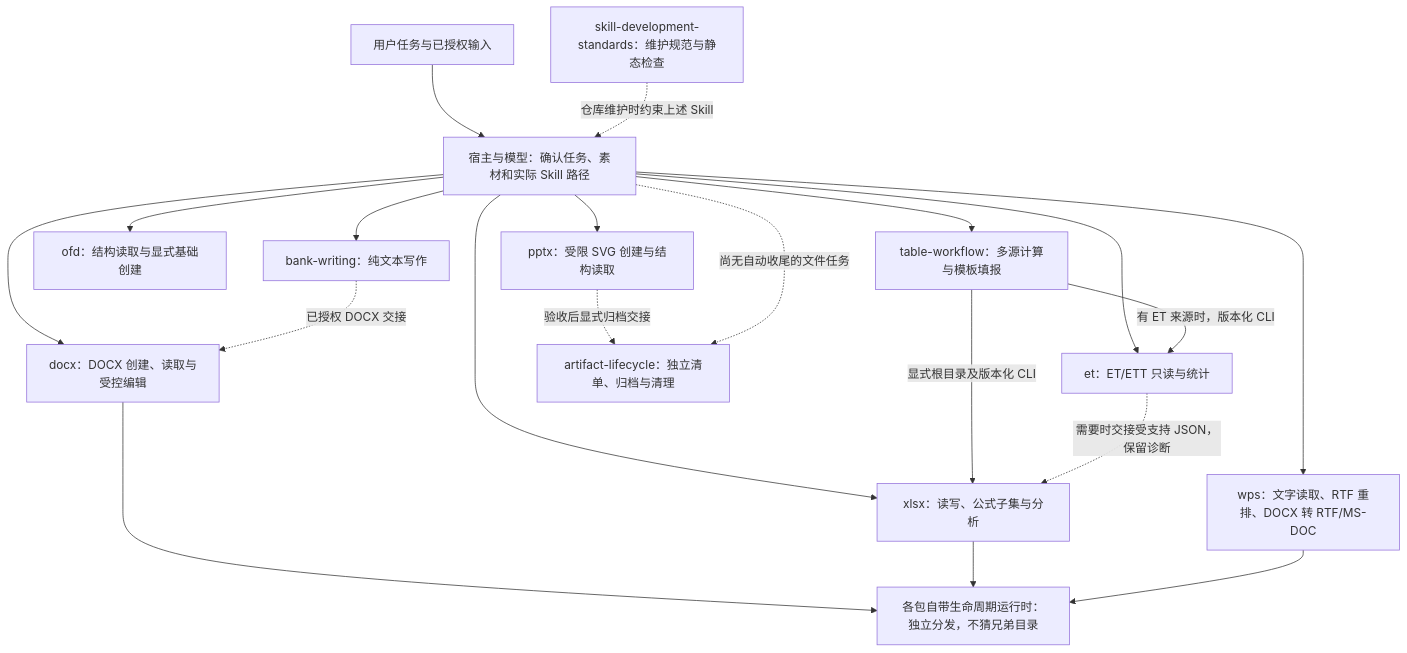
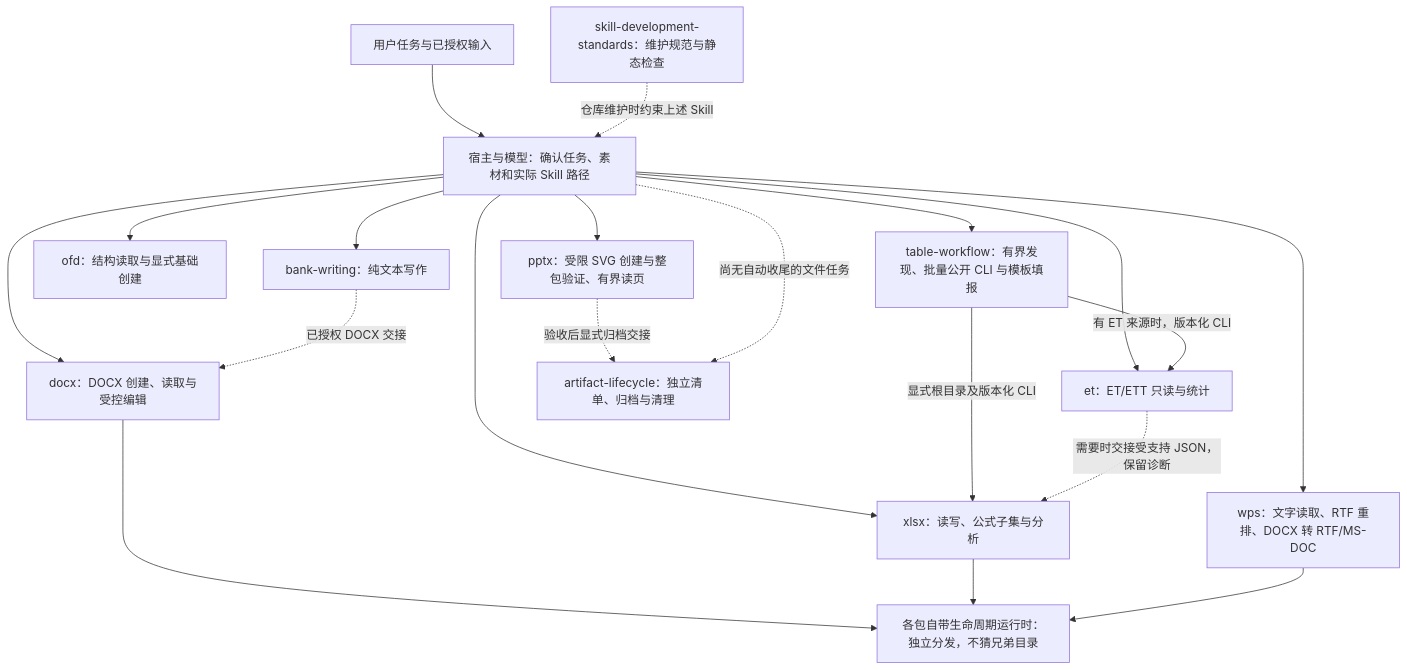
The first of 2 diagrams in docs/README.md (JohnParken/PSL-SKILLS), drawn with Mermaid before and after one commit. The commit also changed other lines of this file and 17 other files, not shown here.

````diff
--- a/docs/README.md
+++ b/docs/README.md
@@ -30,22 +30,22 @@
 ```mermaid
 flowchart TB
     U["用户任务与已授权输入"] --> H["宿主与模型：确认任务、素材和实际 Skill 路径"]
     H --> B["bank-writing：纯文本写作"]
     H --> D["docx：DOCX 创建、读取与受控编辑"]
     H --> W["wps：文字读取、RTF 重排、DOCX 转 RTF/MS-DOC"]
     H --> X["xlsx：读写、公式子集与分析"]
     H --> E["et：ET/ETT 只读与统计"]
     H --> O["ofd：结构读取与显式基础创建"]
-    H --> P["pptx：受限 SVG 创建与结构读取"]
-    H --> T["table-workflow：多源计算与模板填报"]
+    H --> P["pptx：受限 SVG 创建与整包验证、有界读页"]
+    H --> T["table-workflow：有界发现、批量公开 CLI 与模板填报"]
     B -.->|"已授权 DOCX 交接"| D
     T -->|"显式根目录及版本化 CLI"| X
     T -->|"有 ET 来源时，版本化 CLI"| E
     E -.->|"需要时交接受支持 JSON，保留诊断"| X
     P -.->|"验收后显式归档交接"| L["artifact-lifecycle：独立清单、归档与清理"]
     H -.->|"尚无自动收尾的文件任务"| L
     D --> R["各包自带生命周期运行时：独立分发，不猜兄弟目录"]
     X --> R
     W --> R
     S["skill-development-standards：维护规范与静态检查"] -.->|"仓库维护时约束上述 Skill"| H
 ```
````
